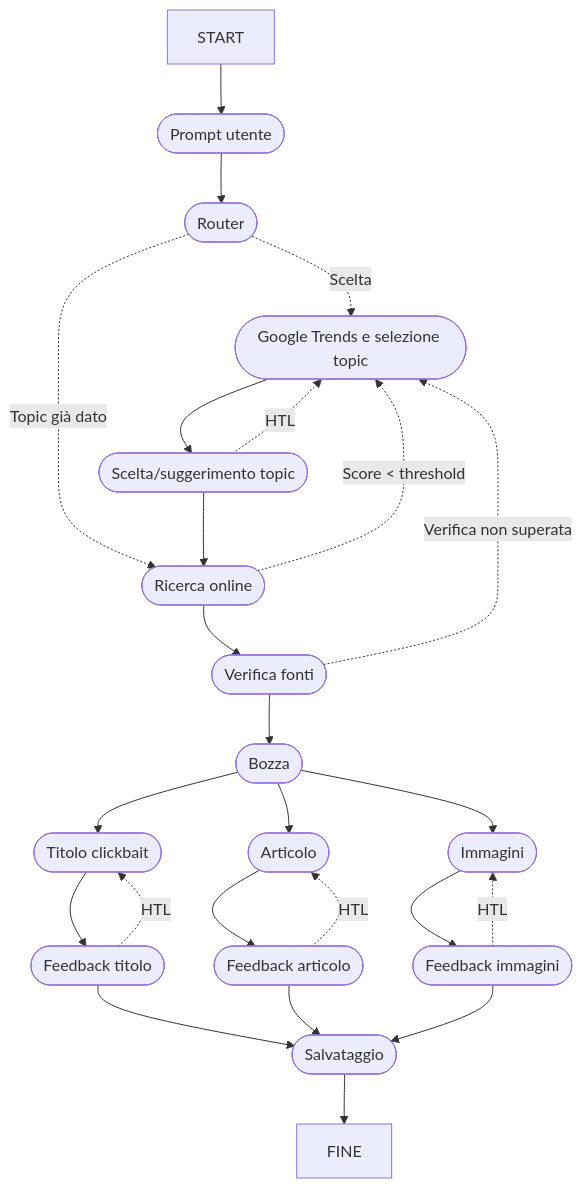
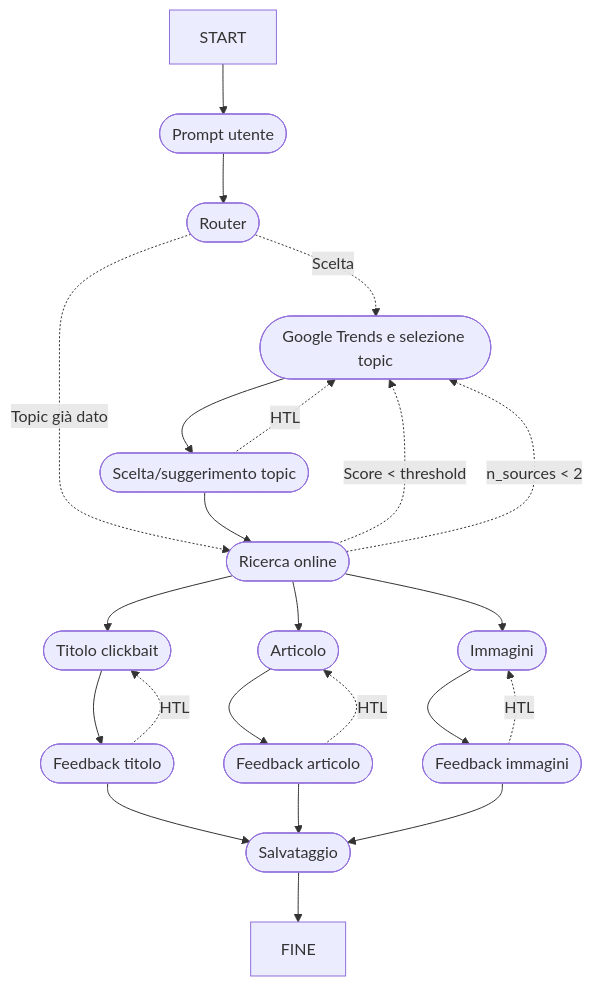
Before and after one commit to Mazzoldi/CCAI: the diagram in graph.md, drawn with Mermaid. The commit also changed 2 other files, not shown here.

Commit message:
Semplificato il grafo ed introdotto human-in-the-loop

````diff
--- a/graph.md
+++ b/graph.md
@@ -1,27 +1,25 @@
 ```mermaid
 graph
 A[START] --> B([Prompt utente])
 B --> C([Router])
 C -. Scelta .-> D([Google Trends e selezione topic])
 C -. Topic già dato .-> F([Ricerca online])
 D --> E([Scelta/suggerimento topic])
 E -. HTL .-> D
 E --> F
 F -. Score < threshold .-> D
-F --> G([Verifica fonti])
-G -. Verifica non superata .-> D
-G --> H([Bozza])
-H --> I([Titolo clickbait])
-H --> K([Articolo])
-H --> M([Immagini])
+F -. n_sources < 2 .-> D
+F --> I([Titolo clickbait])
+F --> K([Articolo])
+F --> M([Immagini])
 I --> J([Feedback titolo])
 J -. HTL .-> I
 J --> O([Salvataggio])
 K --> L([Feedback articolo])
 L -. HTL .-> K
 L --> O
 M --> N([Feedback immagini])
 N -. HTL .-> M
 N --> O
 O --> P[FINE]
 ```
````
